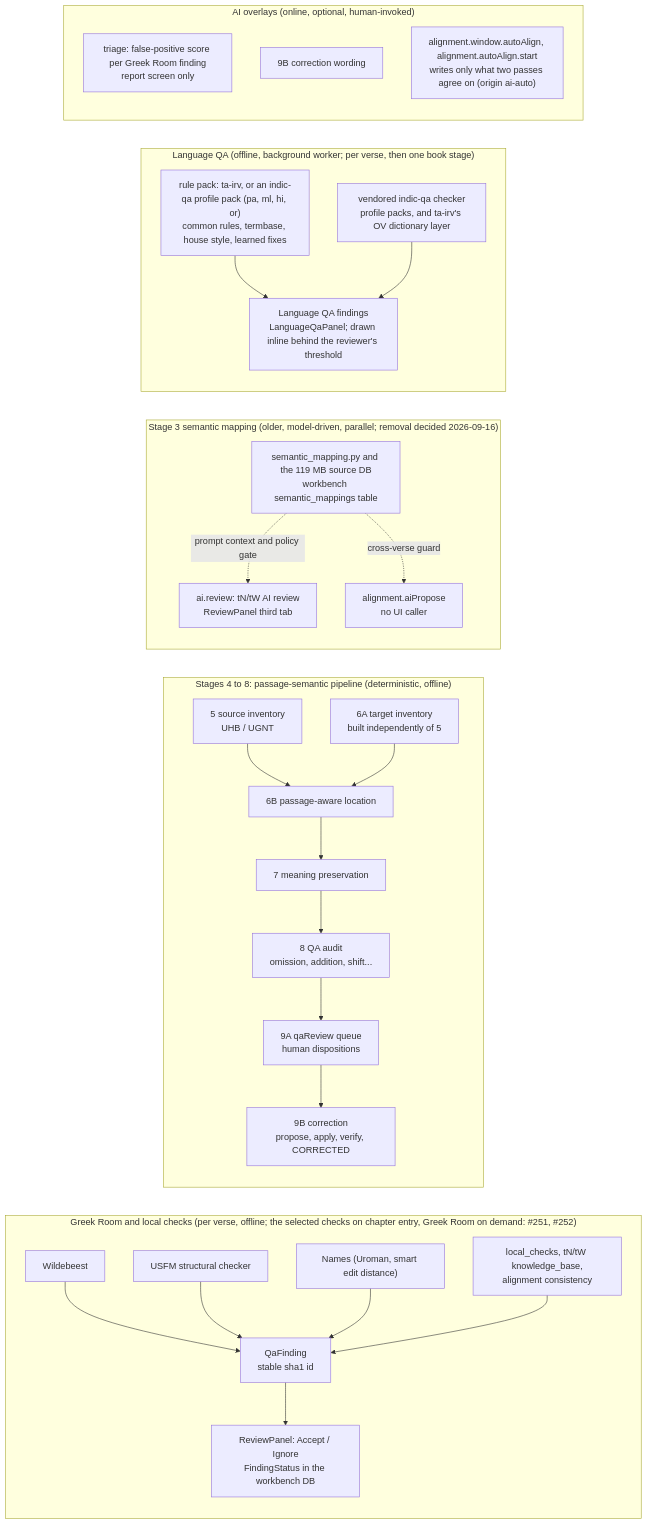
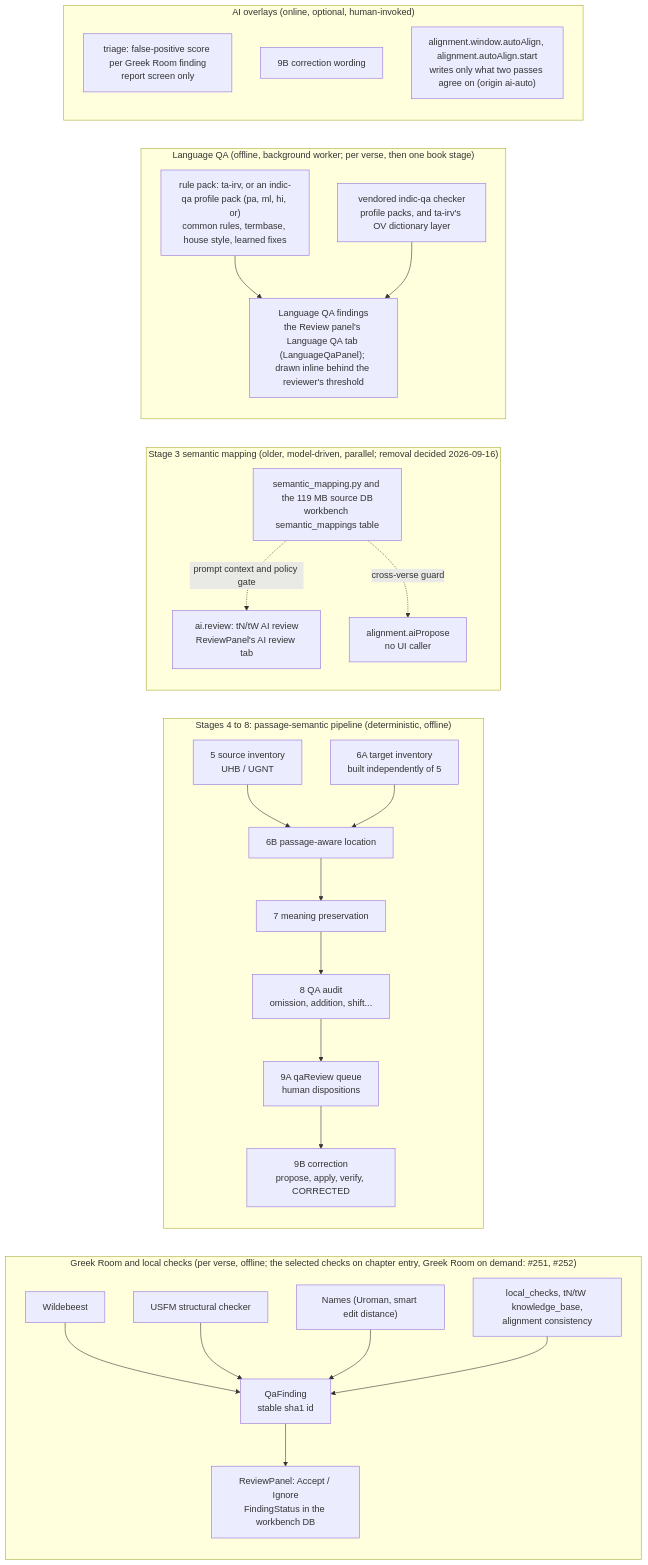
Before and after one commit to Bridgeconn/bridge: the third of 4 diagrams in docs/ARCHITECTURE.md, drawn with Mermaid. The commit also changed other lines of this file and 1 other file, not shown here.

````diff
--- a/docs/ARCHITECTURE.md
+++ b/docs/ARCHITECTURE.md
@@ -206,32 +206,32 @@
 ```mermaid
 flowchart LR
   subgraph GRq["Greek Room and local checks (per verse, offline; the selected checks on chapter entry, Greek Room on demand: #251, #252)"]
     W["Wildebeest"] --> F
     U["USFM structural checker"] --> F
     N["Names (Uroman, smart edit distance)"] --> F
     L["local_checks, tN/tW knowledge_base,<br/>alignment consistency"] --> F
     F["QaFinding<br/>stable sha1 id"] --> RP["ReviewPanel: Accept / Ignore<br/>FindingStatus in the workbench DB"]
   end
   subgraph S58["Stages 4 to 8: passage-semantic pipeline (deterministic, offline)"]
     S5["5 source inventory<br/>UHB / UGNT"] --> S6B
     S6A["6A target inventory<br/>built independently of 5"] --> S6B
     S6B["6B passage-aware location"] --> S7["7 meaning preservation"] --> S8["8 QA audit<br/>omission, addition, shift..."]
     S8 --> S9A["9A qaReview queue<br/>human dispositions"] --> S9B["9B correction<br/>propose, apply, verify, CORRECTED"]
   end
   subgraph S3["Stage 3 semantic mapping (older, model-driven, parallel; removal decided 2026-09-16)"]
     S3m["semantic_mapping.py and the 119 MB source DB<br/>workbench semantic_mappings table"]
     S3m -. "prompt context and policy gate" .-> AIR
     S3m -. "cross-verse guard" .-> AAP["alignment.aiPropose<br/>no UI caller"]
   end
   subgraph LQ["Language QA (offline, background worker; per verse, then one book stage)"]
     LQr["rule pack: ta-irv, or an indic-qa profile pack (pa, ml, hi, or)<br/>common rules, termbase, house style, learned fixes"] --> LQf
     LQi["vendored indic-qa checker<br/>profile packs, and ta-irv's OV dictionary layer"] --> LQf
-    LQf["Language QA findings<br/>LanguageQaPanel; drawn inline behind the reviewer's threshold"]
+    LQf["Language QA findings<br/>the Review panel's Language QA tab (LanguageQaPanel); drawn inline behind the reviewer's threshold"]
   end
   subgraph Overlay["AI overlays (online, optional, human-invoked)"]
     TR["triage: false-positive score per Greek Room finding<br/>report screen only"]
-    AIR["ai.review: tN/tW AI review<br/>ReviewPanel third tab"]
+    AIR["ai.review: tN/tW AI review<br/>ReviewPanel's AI review tab"]
     CP["9B correction wording"]
     AA["alignment.window.autoAlign, alignment.autoAlign.start<br/>writes only what two passes agree on (origin ai-auto)"]
   end
 ```
````
